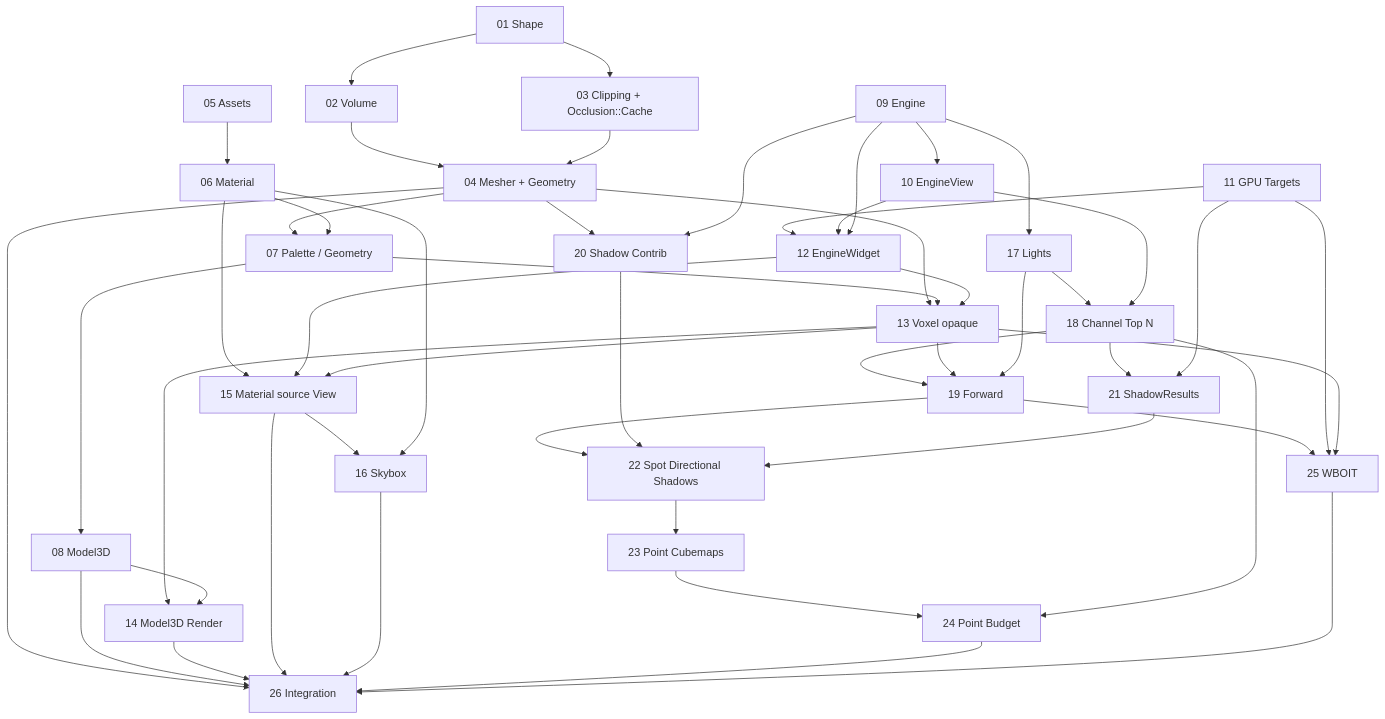
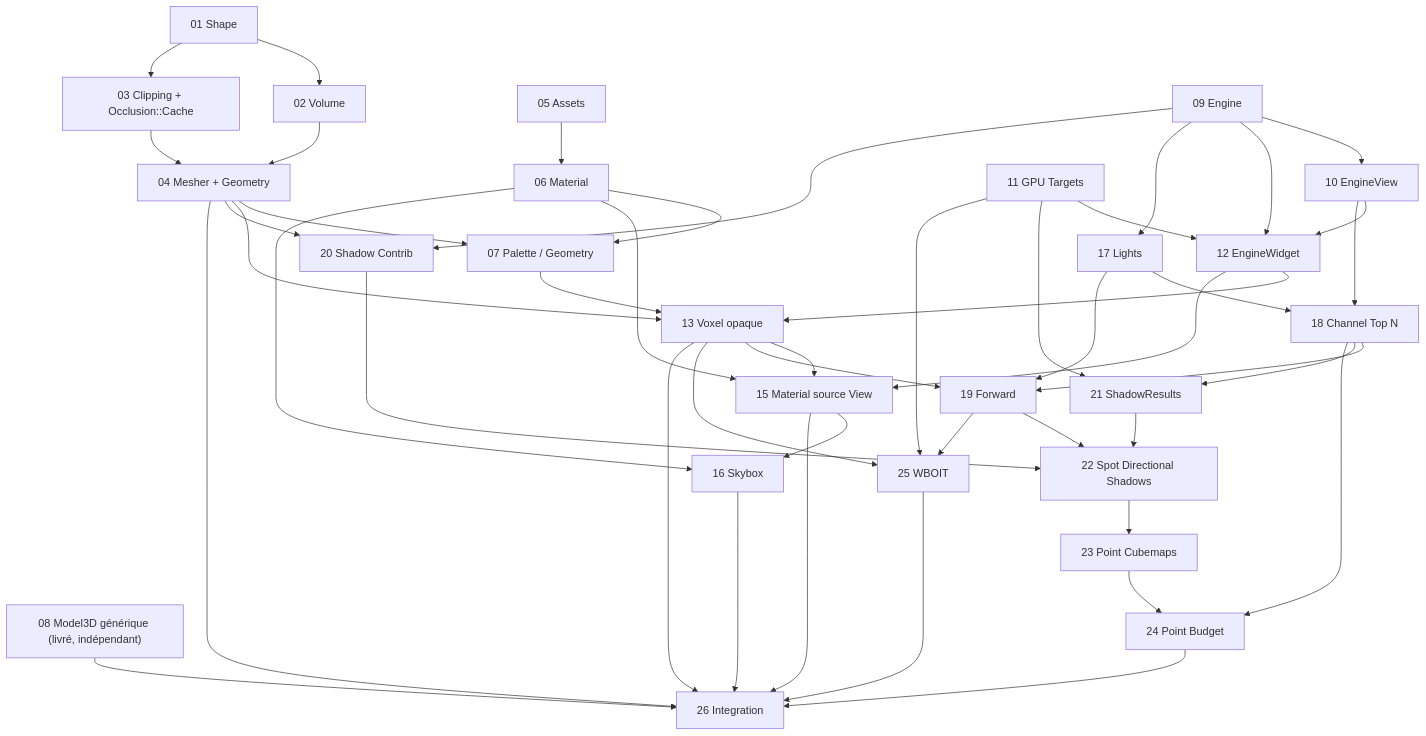
One commit to EreliaStudio/Sparkle changed the diagram in docs/voxel-engine-v0.1.4/implementation/DEPENDENCIES.md. Above: the diagram before and after it, drawn with Mermaid. The commit also changed other lines of this file and 5 other files, not shown here.

````diff
--- a/docs/voxel-engine-v0.1.4/implementation/DEPENDENCIES.md
+++ b/docs/voxel-engine-v0.1.4/implementation/DEPENDENCIES.md
@@ -7,46 +7,46 @@
 ```mermaid
 flowchart TD
   P01["01 Shape"] --> P02["02 Volume"]
   P01 --> P03["03 Clipping + Occlusion::Cache"]
   P02 --> P04["04 Mesher + Geometry"]
   P03 --> P04
   P05["05 Assets"] --> P06["06 Material"]
   P04 --> P07["07 Palette / Geometry"]
-  P06 --> P07 --> P08["08 Model3D"]
+  P06 --> P07
+  P08["08 Model3D générique (livré, indépendant)"]
   P09["09 Engine"] --> P10["10 EngineView"]
   P11["11 GPU Targets"] --> P12["12 EngineWidget"]
   P10 --> P12
   P09 --> P12
   P04 --> P13["13 Voxel opaque"]
   P07 --> P13
-  P12 --> P13 --> P14["14 Model3D Render"]
-  P08 --> P14
+  P12 --> P13
   P06 --> P15["15 Material source View"]
   P12 --> P15
   P13 --> P15 --> P16["16 Skybox"]
   P06 --> P16
   P09 --> P17["17 Lights"]
   P17 --> P18["18 Channel Top N"]
   P10 --> P18
   P18 --> P19["19 Forward"]
   P13 --> P19
   P17 --> P19
   P04 --> P20["20 Shadow Contrib"]
   P09 --> P20
   P18 --> P21["21 ShadowResults"]
   P11 --> P21
   P19 --> P22["22 Spot Directional Shadows"]
   P20 --> P22
   P21 --> P22 --> P23["23 Point Cubemaps"] --> P24["24 Point Budget"]
   P18 --> P24
   P19 --> P25["25 WBOIT"]
   P11 --> P25
   P13 --> P25
   P04 --> P26["26 Integration"]
   P08 --> P26
-  P14 --> P26
+  P13 --> P26
   P15 --> P26
   P16 --> P26
   P24 --> P26
   P25 --> P26
 ```
````
